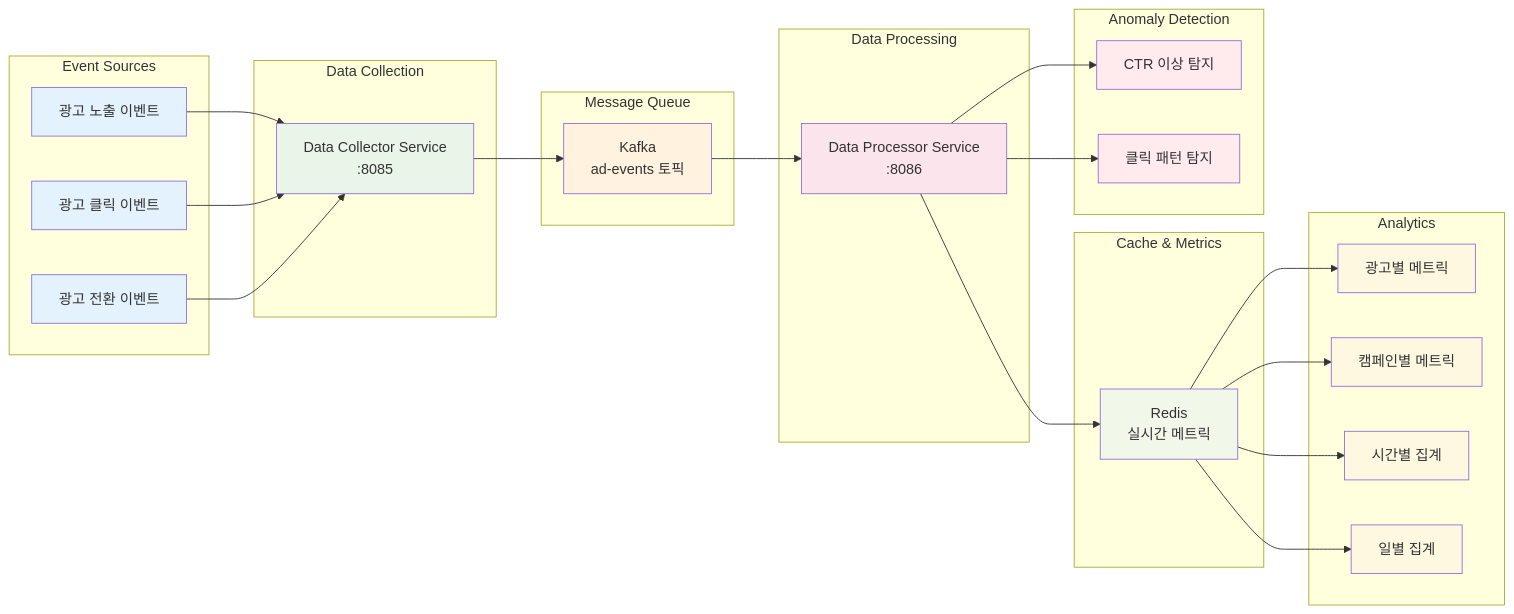
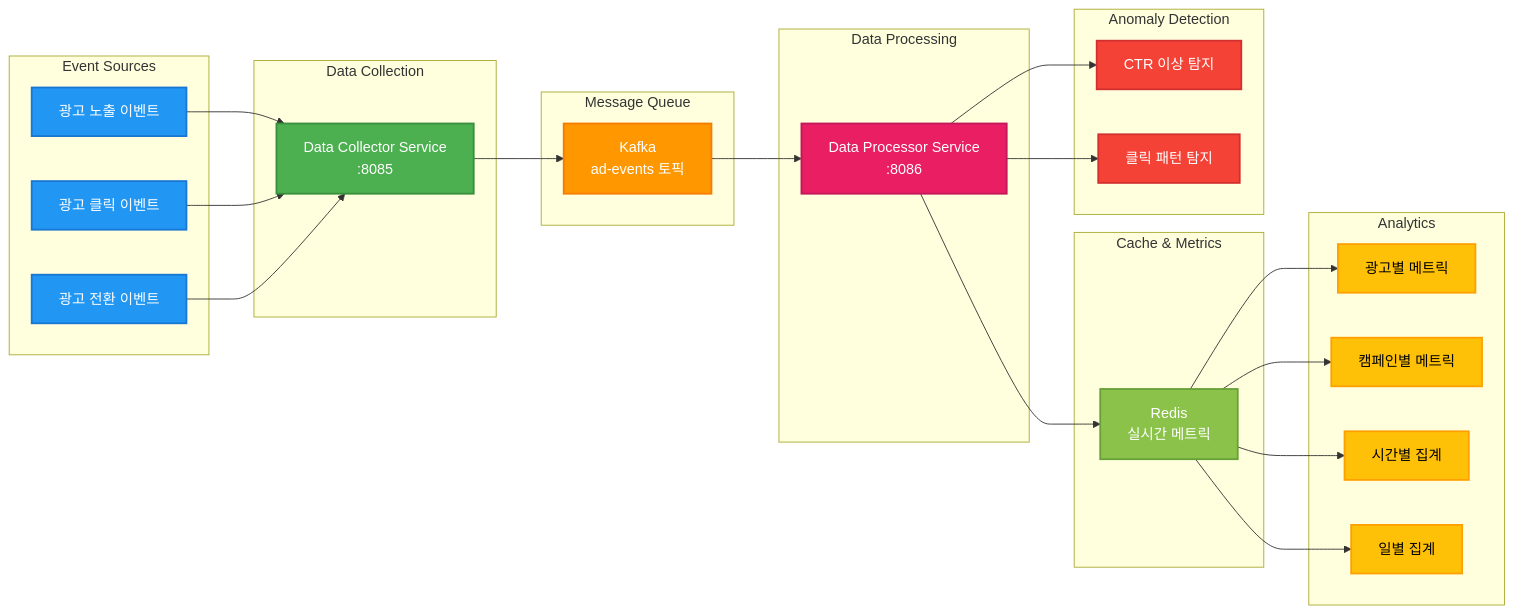
One commit to kmkmi/spring-msa-ddd changed the second of 4 diagrams in docs/images/data-pipeline-architecture.md. Above: the diagram before and after it, drawn with Mermaid. The commit also changed other lines of this file and 12 other files, not shown here.

````diff
--- a/docs/images/data-pipeline-architecture.md
+++ b/docs/images/data-pipeline-architecture.md
@@ -122,77 +121,76 @@
 ```mermaid
 graph LR
     %% 이벤트 소스
     subgraph "Event Sources"
         A1[광고 노출 이벤트]
         A2[광고 클릭 이벤트]
         A3[광고 전환 이벤트]
     end
 
     %% 데이터 수집
     subgraph "Data Collection"
         B[Data Collector Service<br/>:8085]
     end
 
     %% 메시징
     subgraph "Message Queue"
         C[Kafka<br/>ad-events 토픽]
     end
 
     %% 데이터 처리
     subgraph "Data Processing"
         D[Data Processor Service<br/>:8086]
     end
 
     %% 캐시 및 메트릭
     subgraph "Cache & Metrics"
         E[Redis<br/>실시간 메트릭]
     end
 
     %% 분석 결과
     subgraph "Analytics"
         F[광고별 메트릭]
         G[캠페인별 메트릭]
         H[시간별 집계]
         I[일별 집계]
     end
 
     %% 이상 탐지
     subgraph "Anomaly Detection"
         J[CTR 이상 탐지]
         K[클릭 패턴 탐지]
     end
 
     %% 연결
     A1 --> B
     A2 --> B
     A3 --> B
     
     B --> C
     C --> D
     D --> E
     
     E --> F
     E --> G
     E --> H
     E --> I
     
     D --> J
     D --> K
 
-    %% 스타일
-    classDef eventSource fill:#e3f2fd
-    classDef collection fill:#e8f5e8
-    classDef messaging fill:#fff3e0
-    classDef processing fill:#fce4ec
-    classDef cache fill:#f1f8e9
-    classDef analytics fill:#fff8e1
-    classDef anomaly fill:#ffebee
+    classDef eventSource fill:#2196f3,stroke:#1976d2,stroke-width:2px,color:#ffffff
+    classDef collection fill:#4caf50,stroke:#388e3c,stroke-width:2px,color:#ffffff
+    classDef messaging fill:#ff9800,stroke:#f57c00,stroke-width:2px,color:#ffffff
+    classDef processing fill:#e91e63,stroke:#c2185b,stroke-width:2px,color:#ffffff
+    classDef cache fill:#8bc34a,stroke:#689f38,stroke-width:2px,color:#ffffff
+    classDef analytics fill:#ffc107,stroke:#ffa000,stroke-width:2px,color:#000000
+    classDef anomaly fill:#f44336,stroke:#d32f2f,stroke-width:2px,color:#ffffff
 
     class A1,A2,A3 eventSource
     class B collection
     class C messaging
     class D processing
     class E cache
     class F,G,H,I analytics
     class J,K anomaly
 ```
````
